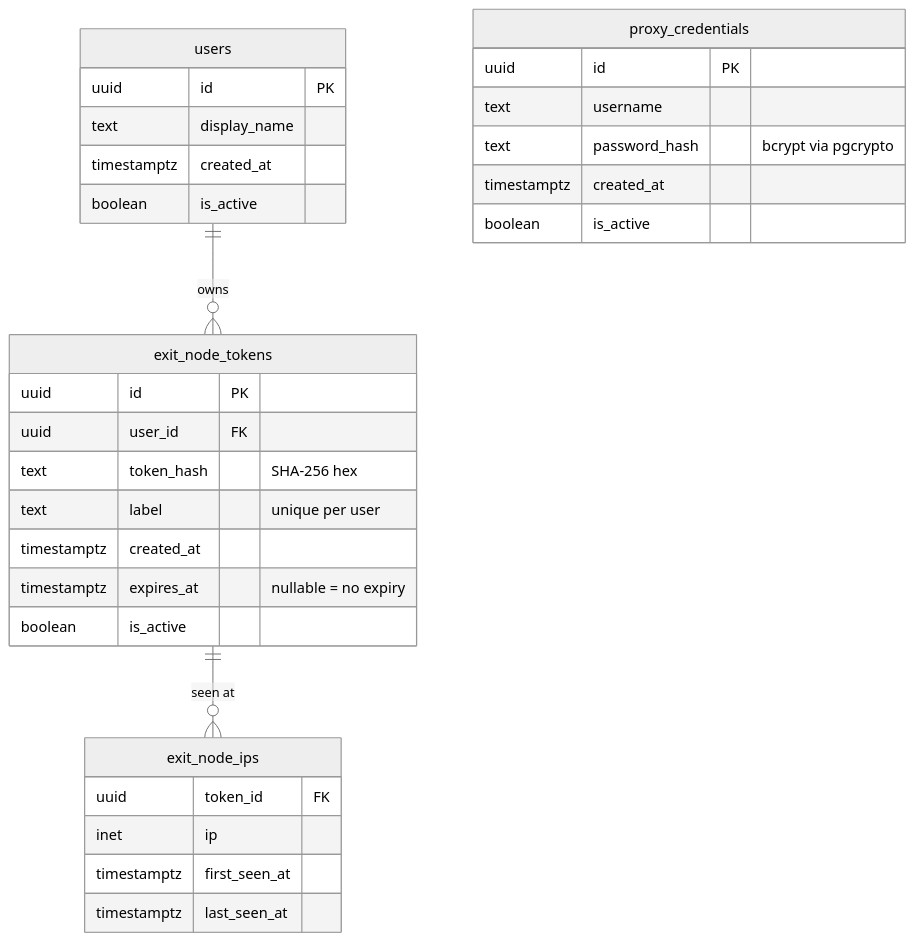
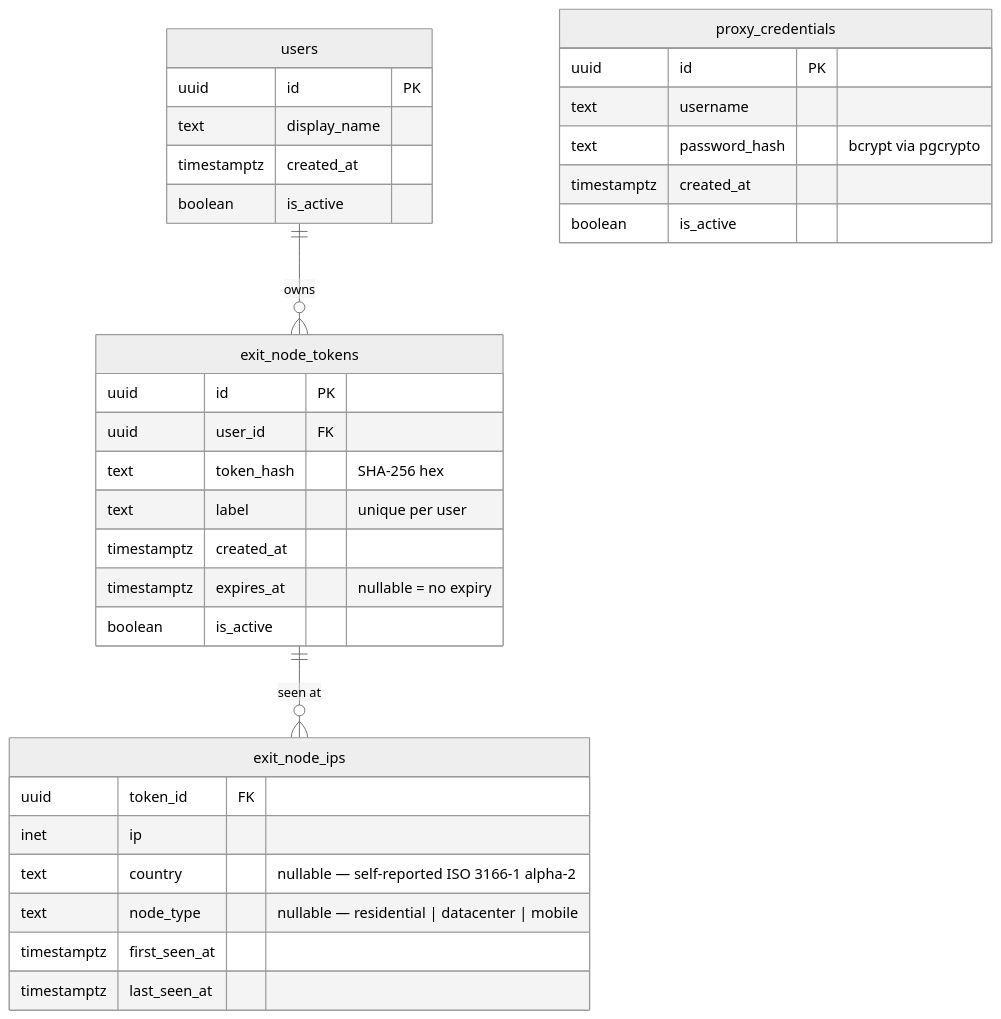
The diagram in docs/database.md (mrggvg/ambush), drawn with Mermaid (neutral theme) before and after one commit. The commit also changed other lines of this file and 21 other files, not shown here.

````diff
--- a/docs/database.md
+++ b/docs/database.md
@@ -7,34 +7,36 @@
 ```mermaid
 erDiagram
     users {
         uuid id PK
         text display_name
         timestamptz created_at
         boolean is_active
     }
     exit_node_tokens {
         uuid id PK
         uuid user_id FK
         text token_hash "SHA-256 hex"
         text label "unique per user"
         timestamptz created_at
         timestamptz expires_at "nullable = no expiry"
         boolean is_active
     }
     exit_node_ips {
         uuid token_id FK
         inet ip
+        text country "nullable — self-reported ISO 3166-1 alpha-2"
+        text node_type "nullable — residential | datacenter | mobile"
         timestamptz first_seen_at
         timestamptz last_seen_at
     }
     proxy_credentials {
         uuid id PK
         text username
         text password_hash "bcrypt via pgcrypto"
         timestamptz created_at
         boolean is_active
     }
 
     users ||--o{ exit_node_tokens : "owns"
     exit_node_tokens ||--o{ exit_node_ips : "seen at"
 ```
````
